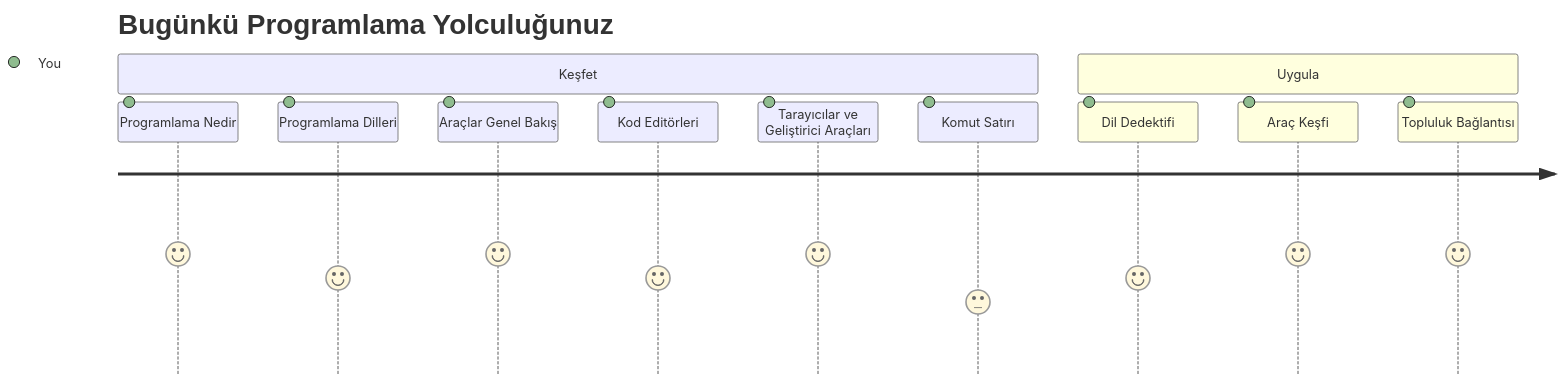
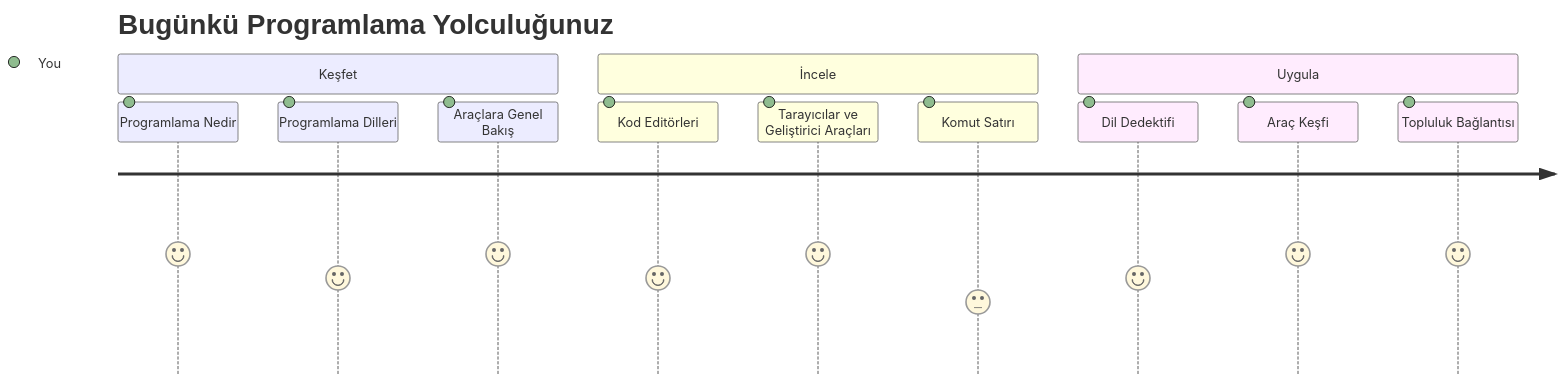
Before and after one commit to microsoft/Web-Dev-For-Beginners: the first of 7 diagrams in translations/tr/1-getting-started-lessons/1-intro-to-programming-languages/README.md, drawn with Mermaid. The commit also changed other lines of this file and 8 other files, not shown here.

````diff
--- a/translations/tr/1-getting-started-lessons/1-intro-to-programming-languages/README.md
+++ b/translations/tr/1-getting-started-lessons/1-intro-to-programming-languages/README.md
@@ -14,16 +14,16 @@
 ```mermaid
 journey
     title Bugünkü Programlama Yolculuğunuz
     section Keşfet
       Programlama Nedir: 5: You
       Programlama Dilleri: 4: You
-      Araçlar Genel Bakış: 5: You
-    section Keşfet
+      Araçlara Genel Bakış: 5: You
+    section İncele
       Kod Editörleri: 4: You
       Tarayıcılar ve Geliştirici Araçları: 5: You
       Komut Satırı: 3: You
     section Uygula
       Dil Dedektifi: 4: You
       Araç Keşfi: 5: You
       Topluluk Bağlantısı: 5: You
 ```
````
